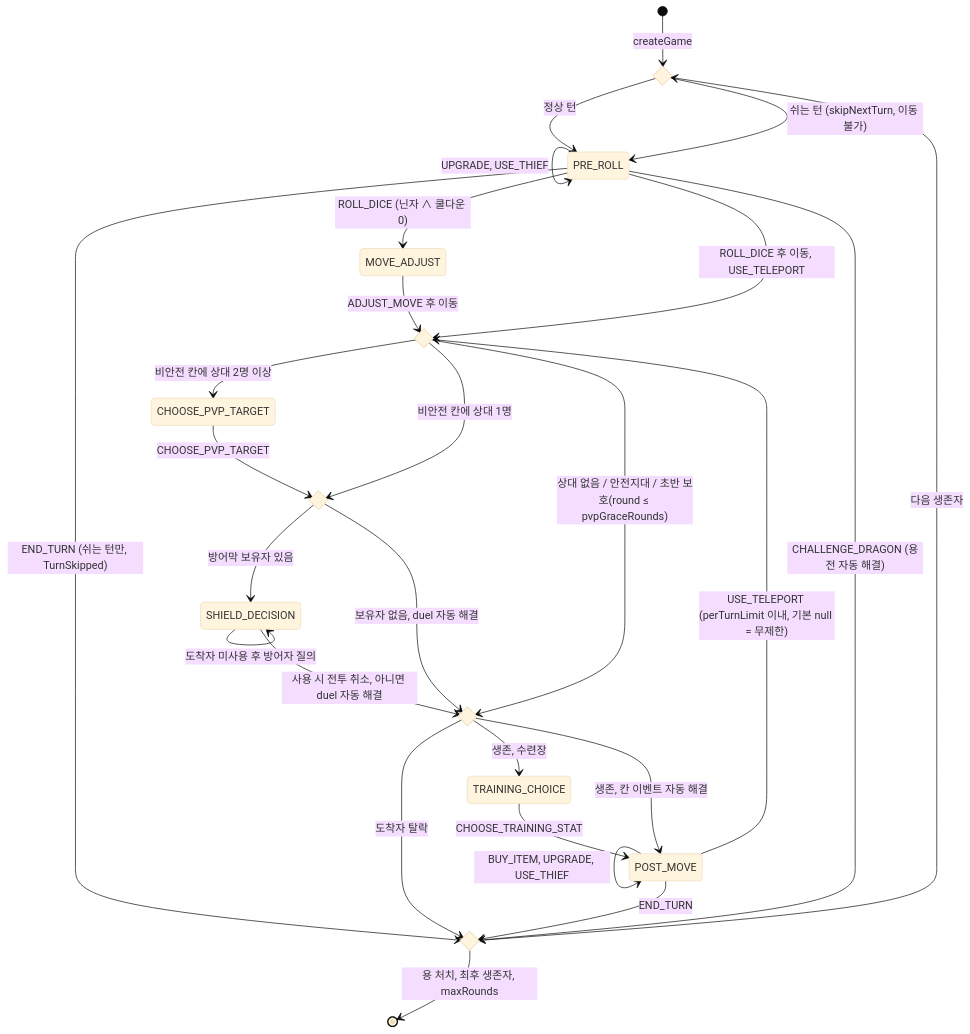
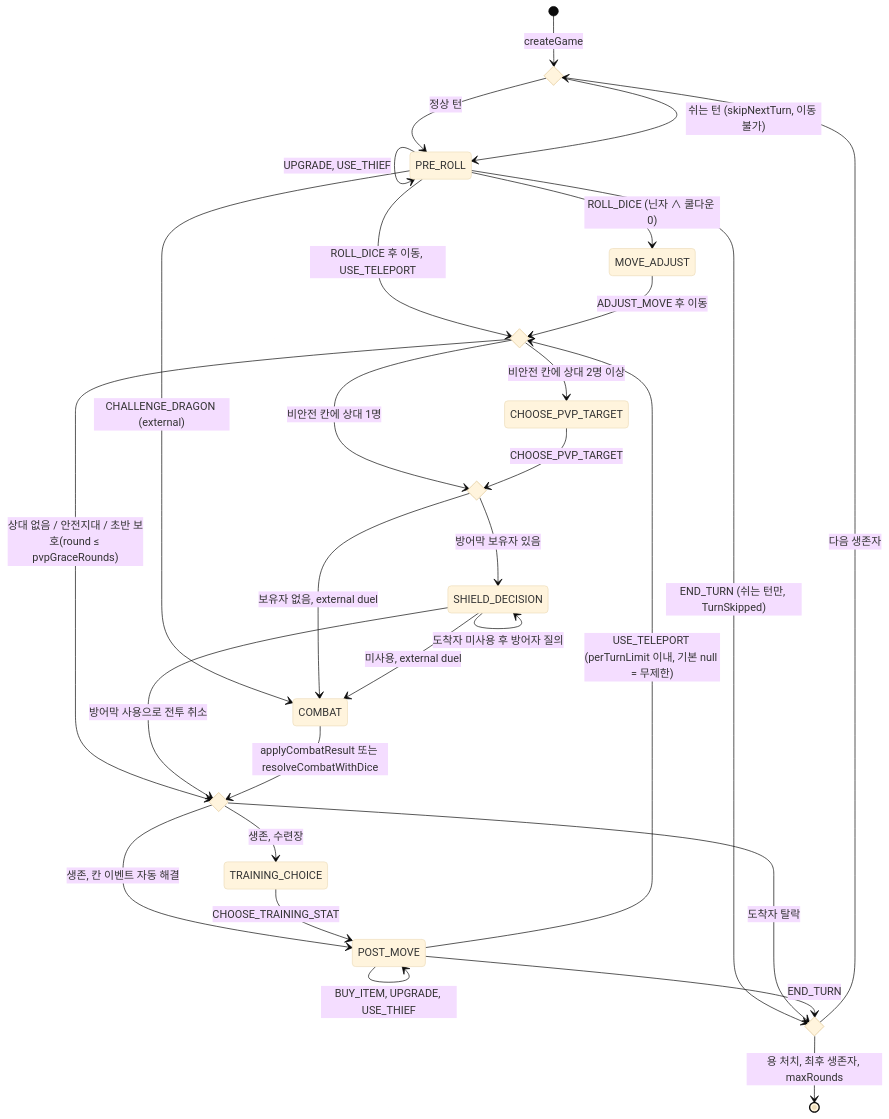
Before and after one commit to KR-penguin/Dragon-Rush: the second of 3 diagrams in docs/architecture.md, drawn with Mermaid (base theme). The commit also changed other lines of this file, not shown here.

First line of the commit message:
docs(docs): align architecture with combat and outcome flows

````diff
--- a/docs/architecture.md
+++ b/docs/architecture.md
@@ -81,34 +91,36 @@
 ```mermaid
 stateDiagram-v2
   state turnStart <<choice>>
   state landing <<choice>>
   state shieldCheck <<choice>>
   state afterCombat <<choice>>
   state turnEnd <<choice>>
   [*] --> turnStart : createGame
   turnStart --> PRE_ROLL : 정상 턴
   turnStart --> PRE_ROLL : 쉬는 턴 (skipNextTurn, 이동 불가)
   PRE_ROLL --> turnEnd : END_TURN (쉬는 턴만, TurnSkipped)
   PRE_ROLL --> PRE_ROLL : UPGRADE, USE_THIEF
   PRE_ROLL --> MOVE_ADJUST : ROLL_DICE (닌자 ∧ 쿨다운 0)
   PRE_ROLL --> landing : ROLL_DICE 후 이동, USE_TELEPORT
-  PRE_ROLL --> turnEnd : CHALLENGE_DRAGON (용전 자동 해결)
+  PRE_ROLL --> COMBAT : CHALLENGE_DRAGON (external)
   MOVE_ADJUST --> landing : ADJUST_MOVE 후 이동
   landing --> CHOOSE_PVP_TARGET : 비안전 칸에 상대 2명 이상
   landing --> shieldCheck : 비안전 칸에 상대 1명
   landing --> afterCombat : 상대 없음 / 안전지대 / 초반 보호(round ≤ pvpGraceRounds)
   CHOOSE_PVP_TARGET --> shieldCheck : CHOOSE_PVP_TARGET
   shieldCheck --> SHIELD_DECISION : 방어막 보유자 있음
-  shieldCheck --> afterCombat : 보유자 없음, duel 자동 해결
+  shieldCheck --> COMBAT : 보유자 없음, external duel
   SHIELD_DECISION --> SHIELD_DECISION : 도착자 미사용 후 방어자 질의
-  SHIELD_DECISION --> afterCombat : 사용 시 전투 취소, 아니면 duel 자동 해결
+  SHIELD_DECISION --> COMBAT : 미사용, external duel
+  SHIELD_DECISION --> afterCombat : 방어막 사용으로 전투 취소
+  COMBAT --> afterCombat : applyCombatResult 또는 resolveCombatWithDice
   afterCombat --> turnEnd : 도착자 탈락
   afterCombat --> TRAINING_CHOICE : 생존, 수련장
   afterCombat --> POST_MOVE : 생존, 칸 이벤트 자동 해결
   TRAINING_CHOICE --> POST_MOVE : CHOOSE_TRAINING_STAT
   POST_MOVE --> POST_MOVE : BUY_ITEM, UPGRADE, USE_THIEF
   POST_MOVE --> landing : USE_TELEPORT (perTurnLimit 이내, 기본 null = 무제한)
   POST_MOVE --> turnEnd : END_TURN
   turnEnd --> turnStart : 다음 생존자
   turnEnd --> [*] : 용 처치, 최후 생존자, maxRounds
 ```
````
